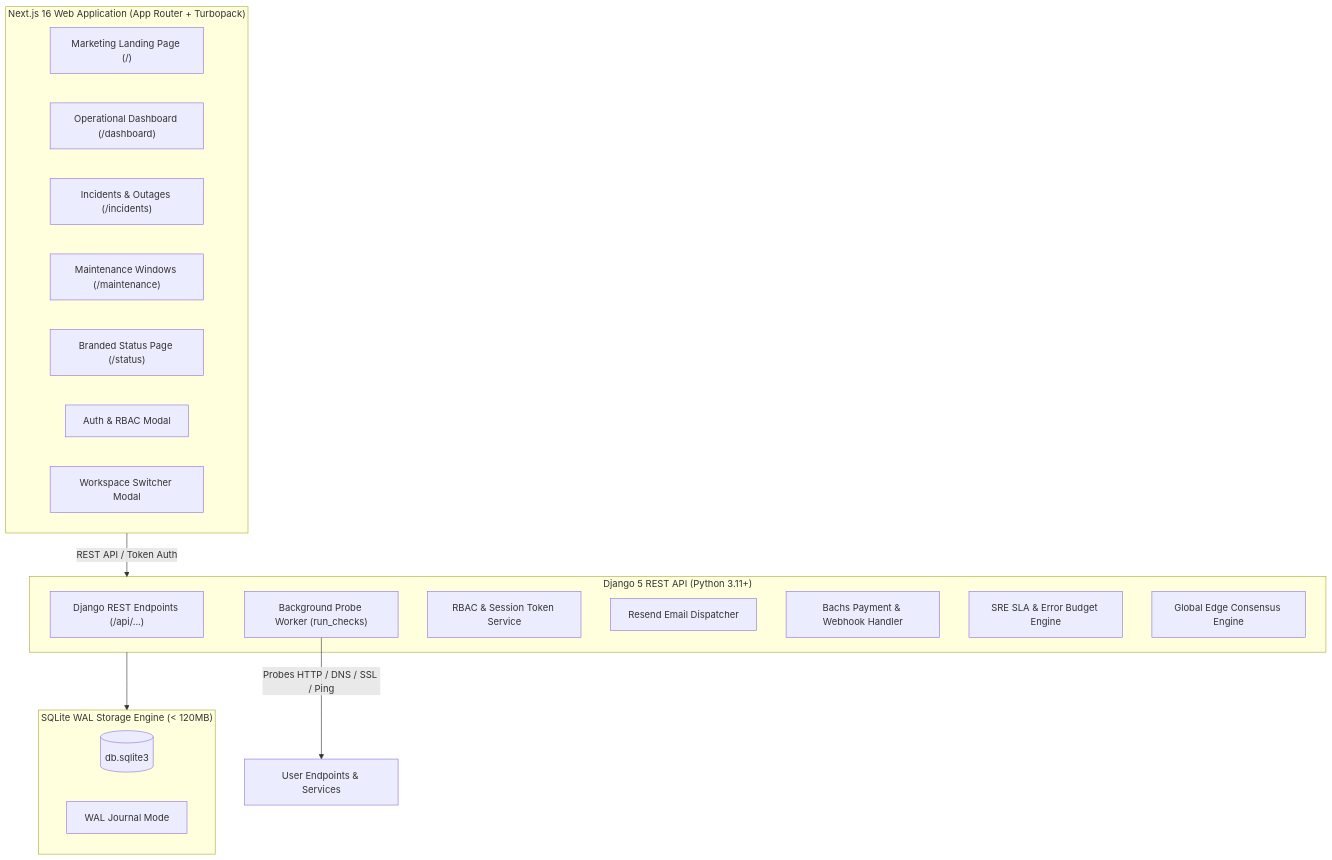
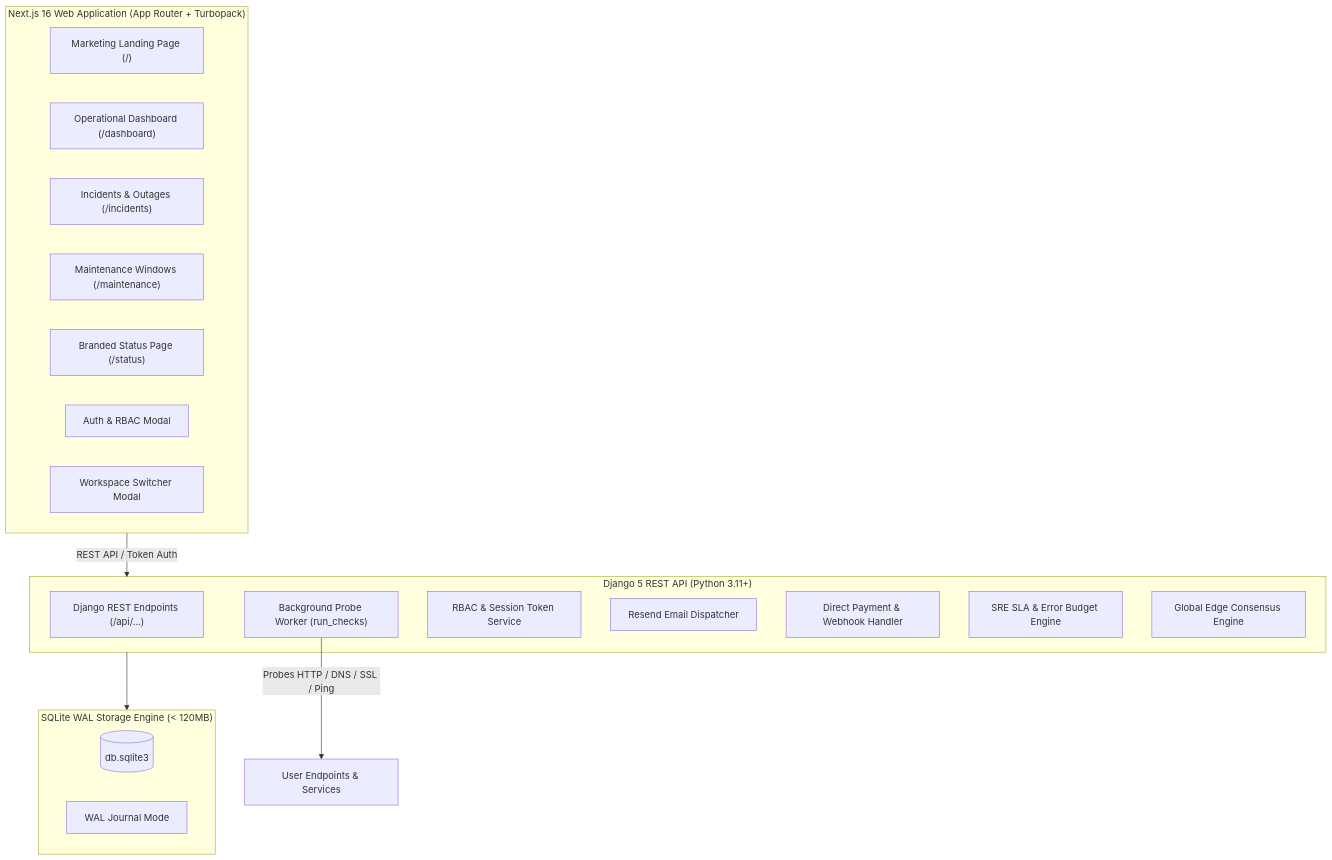
The diagram in README.md (dedcreator/PING-BUD), drawn with Mermaid before and after one commit. The commit also changed other lines of this file and 101 other files, not shown here.

First line of the commit message:
feat(sentiro): complete enterprise overhaul with TOTP 2FA, Bachs billing, SEO engine, and tier enforcement

````diff
--- a/README.md
+++ b/README.md
@@ -50,31 +61,31 @@
 ```mermaid
 flowchart TD
     subgraph Frontend ["Next.js 16 Web Application (App Router + Turbopack)"]
         Landing["Marketing Landing Page (/)"]
         Dashboard["Operational Dashboard (/dashboard)"]
         Incidents["Incidents & Outages (/incidents)"]
         Maintenance["Maintenance Windows (/maintenance)"]
         Status["Branded Status Page (/status)"]
         AuthModal["Auth & RBAC Modal"]
         WorkspaceModal["Workspace Switcher Modal"]
     end
 
     subgraph Backend ["Django 5 REST API (Python 3.11+)"]
         API["Django REST Endpoints (/api/...)"]
         CheckerDaemon["Background Probe Worker (run_checks)"]
         AuthService["RBAC & Session Token Service"]
         EmailService["Resend Email Dispatcher"]
-        BachsService["Bachs Payment & Webhook Handler"]
+        BillingService["Direct Payment & Webhook Handler"]
         SLAService["SRE SLA & Error Budget Engine"]
         EdgeEngine["Global Edge Consensus Engine"]
     end
 
     subgraph Storage ["SQLite WAL Storage Engine (< 120MB)"]
         DB[(db.sqlite3)]
         WAL[WAL Journal Mode]
     end
 
     Frontend -->|REST API / Token Auth| Backend
     Backend --> Storage
     CheckerDaemon -->|Probes HTTP / DNS / SSL / Ping| RemoteTargets["User Endpoints & Services"]
 ```
````
